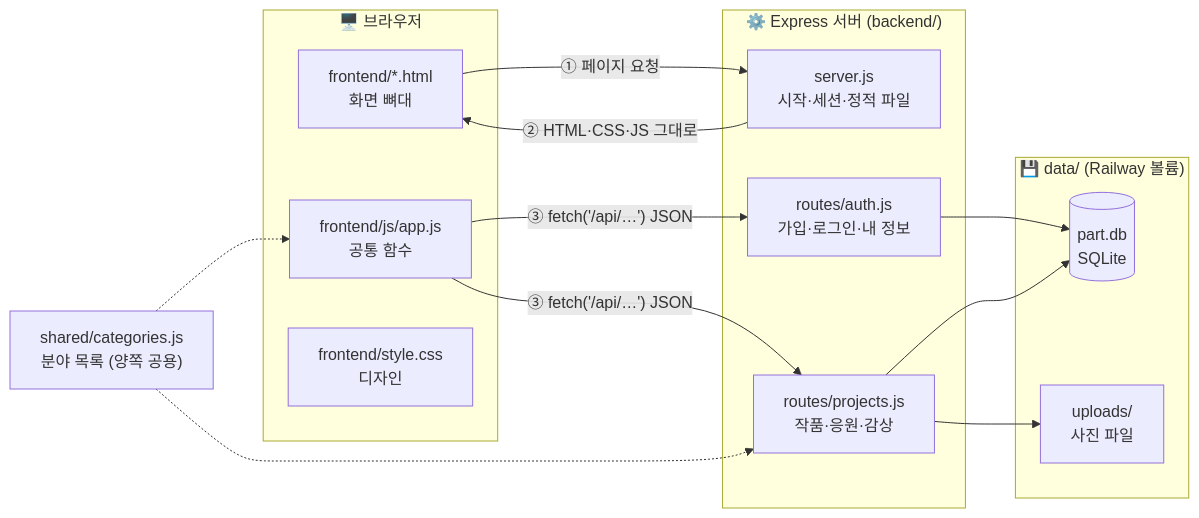
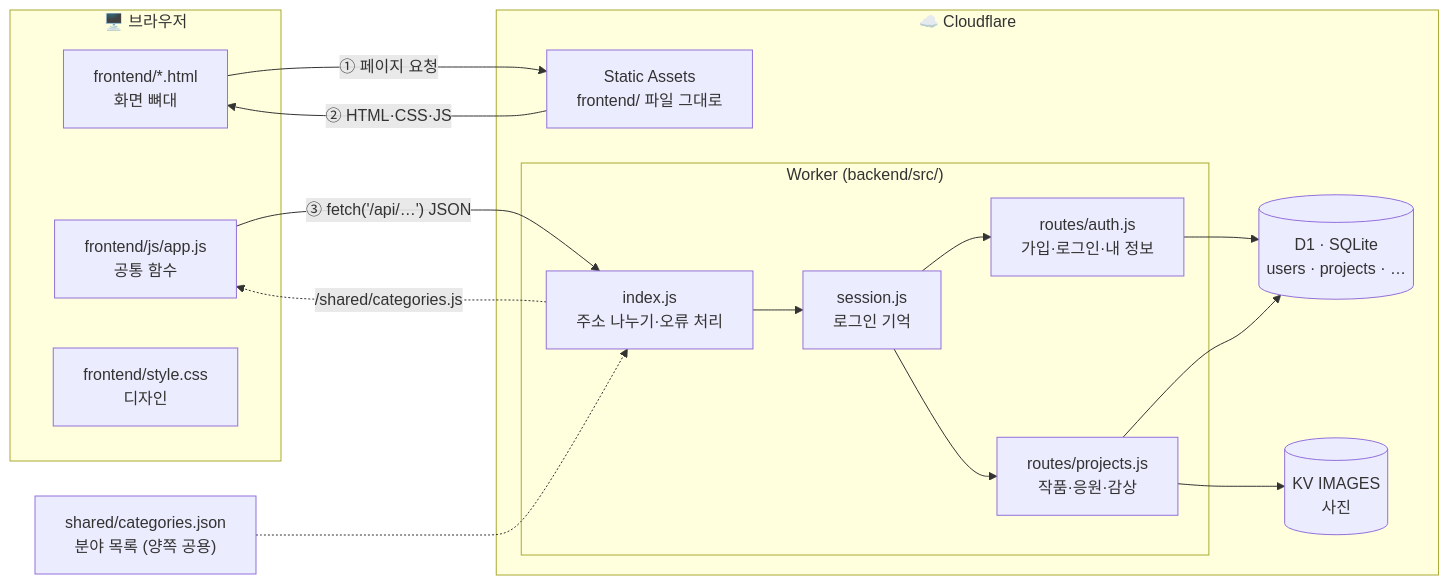
The first of 8 diagrams in docs/WORKFLOW.md (10x4hs/p-art), drawn with Mermaid before and after one commit. The commit also changed other lines of this file and 5 other files, not shown here.

````diff
--- a/docs/WORKFLOW.md
+++ b/docs/WORKFLOW.md
@@ -17,29 +17,31 @@
 ```mermaid
 flowchart LR
   subgraph B["🖥️ 브라우저"]
     H["frontend/*.html<br/>화면 뼈대"]
     J["frontend/js/app.js<br/>공통 함수"]
     C["frontend/style.css<br/>디자인"]
   end
 
-  subgraph S["⚙️ Express 서버 (backend/)"]
-    SV["server.js<br/>시작·세션·정적 파일"]
-    AU["routes/auth.js<br/>가입·로그인·내 정보"]
-    PR["routes/projects.js<br/>작품·응원·감상"]
+  subgraph CF["☁️ Cloudflare"]
+    AS["Static Assets<br/>frontend/ 파일 그대로"]
+    subgraph W["Worker (backend/src/)"]
+      IX["index.js<br/>주소 나누기·오류 처리"]
+      SE["session.js<br/>로그인 기억"]
+      AU["routes/auth.js<br/>가입·로그인·내 정보"]
+      PR["routes/projects.js<br/>작품·응원·감상"]
+    end
+    D1[("D1 · SQLite<br/>users · projects · …")]
+    KV[("KV IMAGES<br/>사진")]
   end
 
-  SH["shared/categories.js<br/>분야 목록 (양쪽 공용)"]
+  SH["shared/categories.json<br/>분야 목록 (양쪽 공용)"]
 
-  subgraph D["💾 data/ (Railway 볼륨)"]
-    DB[("part.db<br/>SQLite")]
-    UP["uploads/<br/>사진 파일"]
-  end
-
-  H -- "① 페이지 요청" --> SV
-  SV -- "② HTML·CSS·JS 그대로" --> H
-  J -- "③ fetch('/api/…') JSON" --> AU & PR
-  AU & PR --> DB
-  PR --> UP
-  SH -.-> J
-  SH -.-> PR
+  H -- "① 페이지 요청" --> AS
+  AS -- "② HTML·CSS·JS" --> H
+  J -- "③ fetch('/api/…') JSON" --> IX
+  IX --> SE --> AU & PR
+  AU & PR --> D1
+  PR --> KV
+  SH -.-> IX
+  IX -. "/shared/categories.js" .-> J
 ```
````
